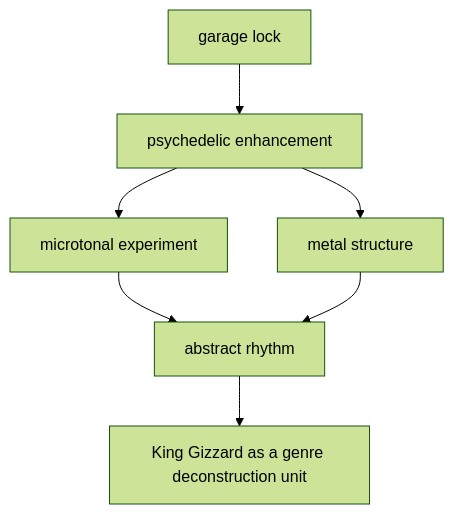
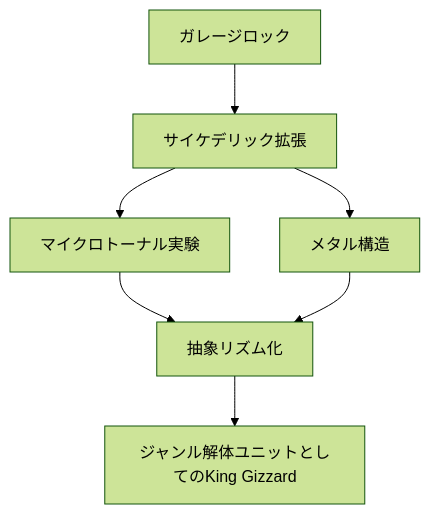
One commit to monumental-movement/monumental-movement.github.io changed the first of 2 diagrams in en/_posts/2026-07-05-column-king-gizzard.md. Above: the diagram before and after it, drawn with Mermaid (forest theme). The commit also changed other lines of this file and 2196 other files, not shown here.

```diff
--- a/en/_posts/2026-07-05-column-king-gizzard.md
+++ b/en/_posts/2026-07-05-column-king-gizzard.md
@@ -86,9 +85,9 @@
 <div class="mermaid">
 flowchart TD
-A[garage lock] --> B[psychedelic enhancement]
-B --> C[microtonal experiment]
-B --> D[metal structure]
-C --> E[abstract rhythm]
+A[ガレージロック] --> B[サイケデリック拡張]
+B --> C[マイクロトーナル実験]
+B --> D[メタル構造]
+C --> E[抽象リズム化]
 D --> E
-E --> F[King Gizzard as a genre deconstruction unit]
+E --> F[ジャンル解体ユニットとしてのKing Gizzard]
 </div>
```
